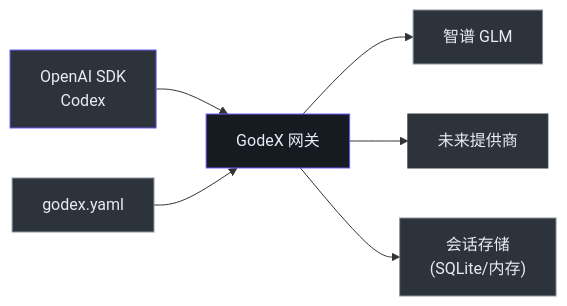
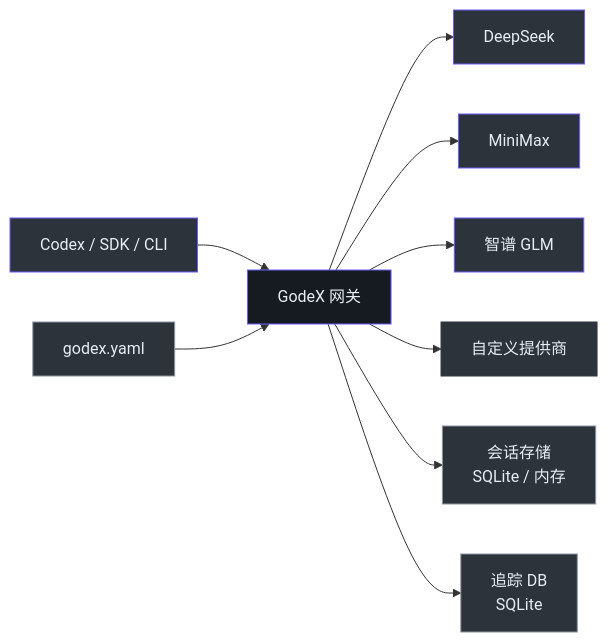
One commit to zamelee/GodeX changed the first of 2 diagrams in wiki/zh/onboarding/executive-guide.md. Above: the diagram before and after it, drawn with Mermaid. The commit also changed other lines of this file and 9 other files, not shown here.

````diff
--- a/wiki/zh/onboarding/executive-guide.md
+++ b/wiki/zh/onboarding/executive-guide.md
@@ -30,15 +35,21 @@
 ```mermaid
 graph LR
-    CLIENT["OpenAI SDK<br>Codex"] --> GODEX["GodeX 网关"]
-    GODEX --> ZHIPU["智谱 GLM"]
-    GODEX --> FUTURE["未来提供商"]
-    GODEX --> SESSION["会话存储<br>(SQLite/内存)"]
-    CONFIG["godex.yaml"] --> GODEX
+  CLIENT["Codex / SDK / CLI"] --> GODEX["GodeX 网关"]
+  GODEX --> DEEPSEEK["DeepSeek"]
+  GODEX --> MINIMAX["MiniMax"]
+  GODEX --> ZHIPU["智谱 GLM"]
+  GODEX --> CUSTOM["自定义提供商"]
+  GODEX --> SESSION["会话存储<br>SQLite / 内存"]
+  GODEX --> TRACE["追踪 DB<br>SQLite"]
+  CONFIG["godex.yaml"] --> GODEX
 
-    style CLIENT fill:#2d333b,stroke:#6d5dfc,color:#e6edf3
-    style GODEX fill:#161b22,stroke:#6d5dfc,color:#e6edf3
-    style ZHIPU fill:#2d333b,stroke:#8b949e,color:#e6edf3
-    style FUTURE fill:#2d333b,stroke:#30363d,color:#e6edf3
-    style SESSION fill:#2d333b,stroke:#8b949e,color:#e6edf3
-    style CONFIG fill:#2d333b,stroke:#8b949e,color:#e6edf3
+  style CLIENT fill:#2d333b,stroke:#6d5dfc,color:#e6edf3
+  style GODEX fill:#161b22,stroke:#6d5dfc,color:#e6edf3
+  style DEEPSEEK fill:#2d333b,stroke:#6d5dfc,color:#e6edf3
+  style MINIMAX fill:#2d333b,stroke:#6d5dfc,color:#e6edf3
+  style ZHIPU fill:#2d333b,stroke:#6d5dfc,color:#e6edf3
+  style CUSTOM fill:#2d333b,stroke:#30363d,color:#e6edf3
+  style SESSION fill:#2d333b,stroke:#8b949e,color:#e6edf3
+  style TRACE fill:#2d333b,stroke:#8b949e,color:#e6edf3
+  style CONFIG fill:#2d333b,stroke:#8b949e,color:#e6edf3
 ```
````
